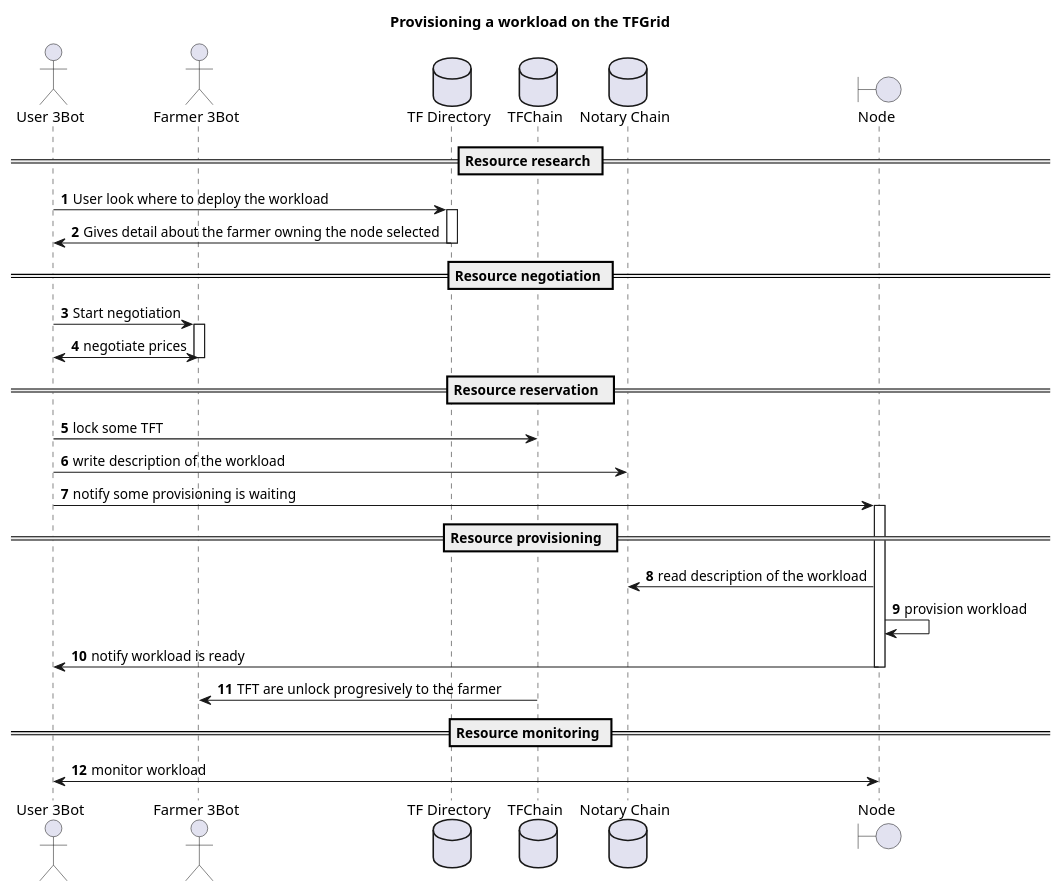
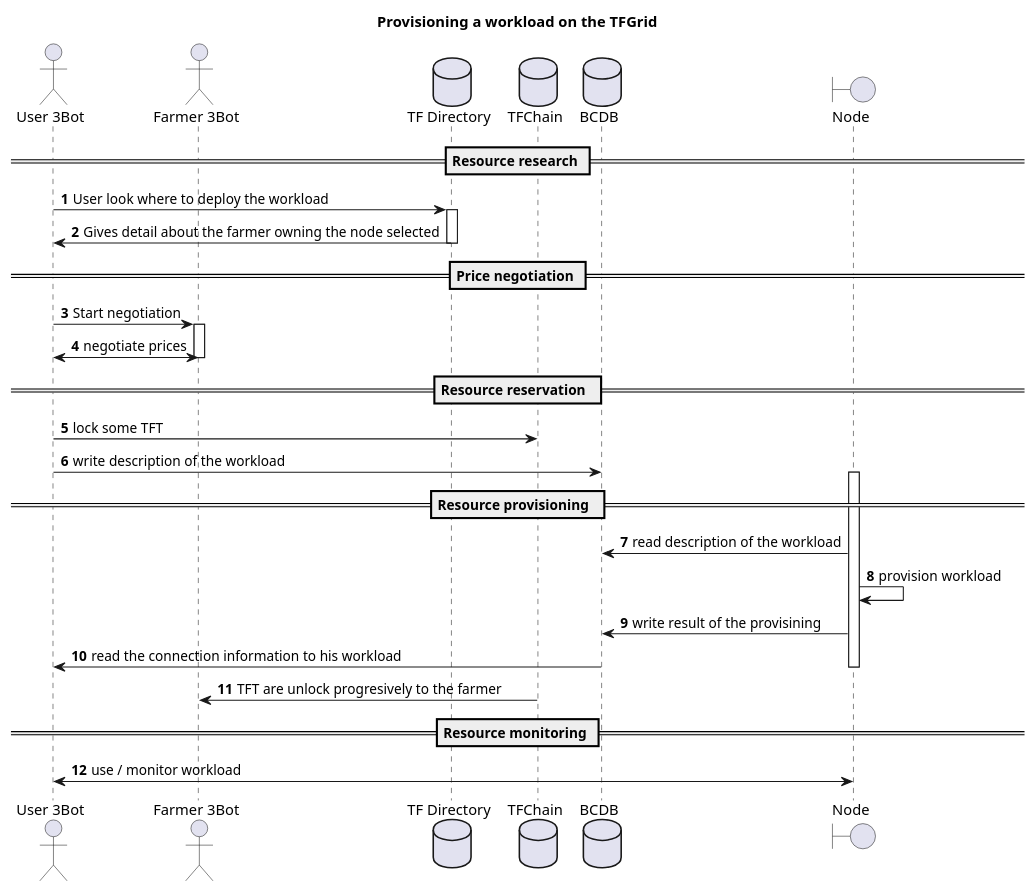
One commit to threefoldtech/zos changed the diagram in assets/grid_provisioning2.wsd. Above: the diagram before and after it, drawn with PlantUML. The commit also changed 7 other files, not shown here.

```diff
--- a/assets/grid_provisioning2.wsd
+++ b/assets/grid_provisioning2.wsd
@@ -1,35 +1,35 @@
 @startuml
 title Provisioning a workload on the TFGrid
 
 autonumber
 actor "User 3Bot" as user
 actor "Farmer 3Bot" as farmer
 database "TF Directory" as directory
 database TFChain as tfchain
-database "Notary Chain" as notarychain
+database BCDB as bcdb
 boundary Node as node
 
 == Resource research ==
 user -> directory: User look where to deploy the workload
 activate directory
 user <- directory: Gives detail about the farmer owning the node selected
 deactivate directory
-== Resource negotiation ==
+== Price negotiation ==
 user -> farmer: Start negotiation
 activate farmer
 farmer <-> user: negotiate prices
 deactivate farmer
 == Resource reservation  ==
 user -> tfchain: lock some TFT
-user -> notarychain: write description of the workload
-user -> node: notify some provisioning is waiting
+user -> bcdb: write description of the workload
 activate node
 == Resource provisioning  ==
-node -> notarychain: read description of the workload
+node -> bcdb: read description of the workload
 node -> node: provision workload
-node -> user: notify workload is ready
+node -> bcdb: write result of the provisining
+user <- bcdb: read the connection information to his workload
 deactivate node
 tfchain -> farmer: TFT are unlock progresively to the farmer
 == Resource monitoring ==
-user <-> node: monitor workload
+user <-> node: use / monitor workload
 @enduml
```
